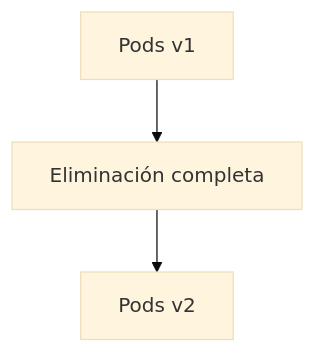
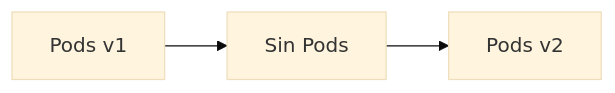
The seventh of 8 diagrams in docs/sesion2/2.1 Cargas de trabajo.md (ieftraining/curso-openshift), drawn with Mermaid (base theme) before and after one commit. The commit also changed other lines of this file, not shown here.

````diff
--- a/docs/sesion2/2.1 Cargas de trabajo.md
+++ b/docs/sesion2/2.1 Cargas de trabajo.md
@@ -412,6 +425,6 @@
 ```mermaid
-flowchart TD
+flowchart LR
     A[Pods v1]
-    --> B[Eliminación completa]
+    --> B[Sin Pods]
     --> C[Pods v2]
 ```
````
